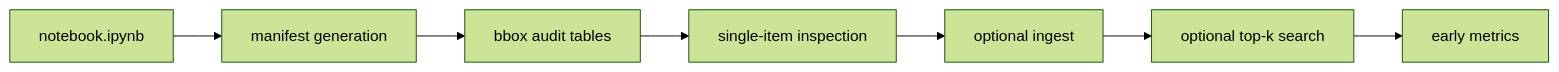
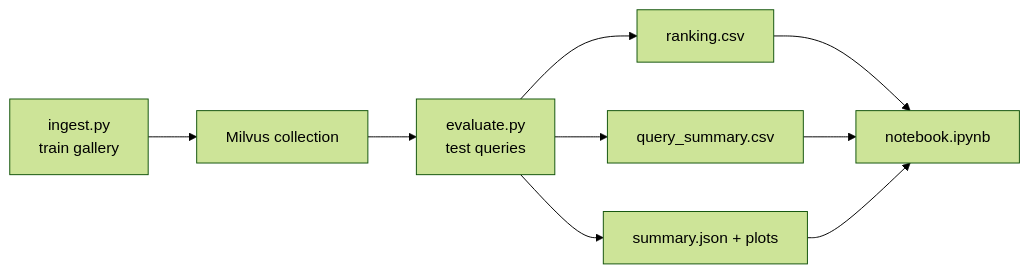
One commit to gabrivoy/masters-cbir changed the sixth of 7 diagrams in mvp/README.md. Above: the diagram before and after it, drawn with Mermaid (forest theme). The commit also changed other lines of this file and 5 other files, not shown here.

````diff
--- a/mvp/README.md
+++ b/mvp/README.md
@@ -145,9 +152,11 @@
 ```mermaid
 flowchart LR
-    A["notebook.ipynb"] --> B["manifest generation"]
-    B --> C["bbox audit tables"]
-    C --> D["single-item inspection"]
-    D --> E["optional ingest"]
-    E --> F["optional top-k search"]
-    F --> G["early metrics"]
+    A["ingest.py<br/>train gallery"] --> B["Milvus collection"]
+    B --> C["evaluate.py<br/>test queries"]
+    C --> D["ranking.csv"]
+    C --> E["query_summary.csv"]
+    C --> F["summary.json + plots"]
+    D --> G["notebook.ipynb"]
+    E --> G
+    F --> G
 ```
````
